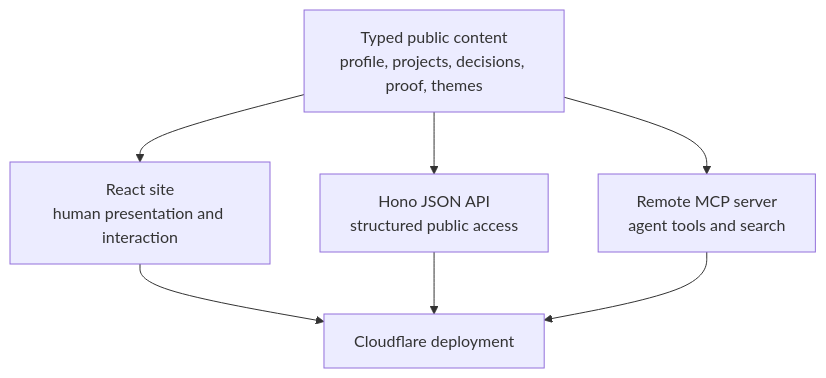
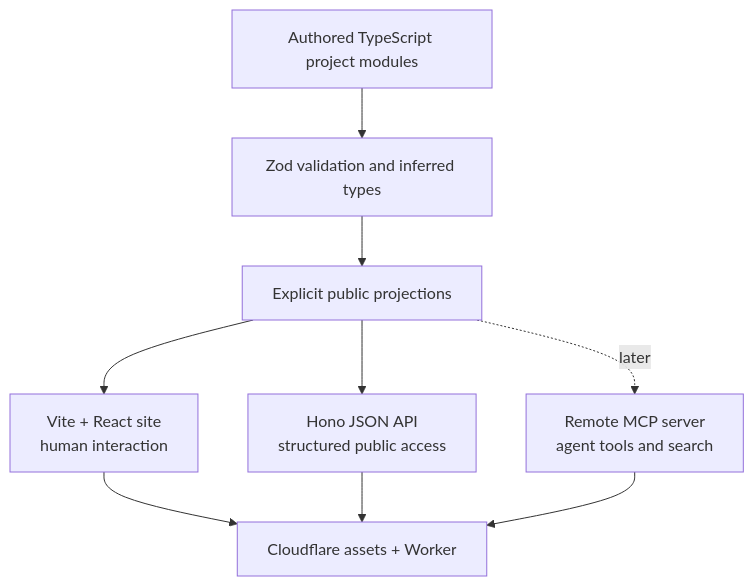
One commit to EzraApple/ezra-apple changed the diagram in docs/CENTRAL_ARCHITECTURE.md. Above: the diagram before and after it, drawn with Mermaid. The commit also changed other lines of this file and 31 other files, not shown here.

````diff
--- a/docs/CENTRAL_ARCHITECTURE.md
+++ b/docs/CENTRAL_ARCHITECTURE.md
@@ -21,10 +21,11 @@
 ```mermaid
 flowchart TD
-    Content["Typed public content\nprofile, projects, decisions, proof, themes"]
-    Content --> Site["React site\nhuman presentation and interaction"]
-    Content --> API["Hono JSON API\nstructured public access"]
-    Content --> MCP["Remote MCP server\nagent tools and search"]
-    Site --> Worker["Cloudflare deployment"]
+    Authored["Authored TypeScript project modules"] --> Schema["Zod validation and inferred types"]
+    Schema --> Public["Explicit public projections"]
+    Public --> Site["Vite + React site\nhuman interaction"]
+    Public --> API["Hono JSON API\nstructured public access"]
+    Public -. later .-> MCP["Remote MCP server\nagent tools and search"]
+    Site --> Worker["Cloudflare assets + Worker"]
     API --> Worker
     MCP --> Worker
 ```
````
